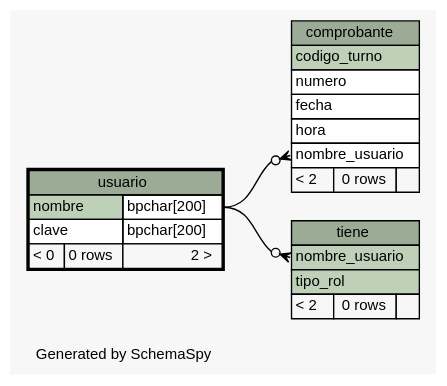
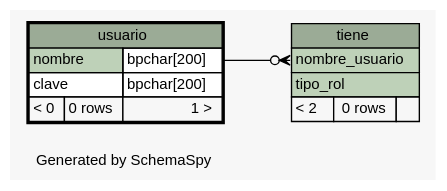
The diagram in tp1/build/schema/diagrams/usuario.1degree.dot (smpiano/bd-1cuat-2014-agenda-med), drawn with Graphviz before and after one commit. The commit also changed 138 other files, not shown here.

```diff
--- a/tp1/build/schema/diagrams/usuario.1degree.dot
+++ b/tp1/build/schema/diagrams/usuario.1degree.dot
@@ -1,60 +1,45 @@
 // dot 2.26.3 on Linux 3.8.0-35-generic
 // SchemaSpy rev 590
 digraph "oneDegreeRelationshipsDiagram" {
   graph [
     rankdir="RL"
     bgcolor="#f7f7f7"
     label="\nGenerated by SchemaSpy"
     labeljust="l"
     nodesep="0.18"
     ranksep="0.46"
     fontname="Helvetica"
     fontsize="11"
   ];
   node [
     fontname="Helvetica"
     fontsize="11"
     shape="plaintext"
   ];
   edge [
     arrowsize="0.8"
   ];
-  "comprobante":"nombre_usuario":w -> "usuario":"nombre.type":e [arrowhead=none dir=back arrowtail=crowodot];
   "tiene":"nombre_usuario":w -> "usuario":"nombre.type":e [arrowhead=none dir=back arrowtail=crowodot];
-  "comprobante" [
-    label=<
-    <TABLE BORDER="0" CELLBORDER="1" CELLSPACING="0" BGCOLOR="#ffffff">
-      <TR><TD COLSPAN="3" BGCOLOR="#9bab96" ALIGN="CENTER">comprobante</TD></TR>
-      <TR><TD PORT="codigo_turno" COLSPAN="3" BGCOLOR="#bed1b8" ALIGN="LEFT">codigo_turno</TD></TR>
-      <TR><TD PORT="numero" COLSPAN="3" ALIGN="LEFT">numero</TD></TR>
-      <TR><TD PORT="fecha" COLSPAN="3" ALIGN="LEFT">fecha</TD></TR>
-      <TR><TD PORT="hora" COLSPAN="3" ALIGN="LEFT">hora</TD></TR>
-      <TR><TD PORT="nombre_usuario" COLSPAN="3" ALIGN="LEFT">nombre_usuario</TD></TR>
-      <TR><TD ALIGN="LEFT" BGCOLOR="#f7f7f7">&lt; 2</TD><TD ALIGN="RIGHT" BGCOLOR="#f7f7f7">0 rows</TD><TD ALIGN="RIGHT" BGCOLOR="#f7f7f7">  </TD></TR>
-    </TABLE>>
-    URL="comprobante.html"
-    tooltip="comprobante"
-  ];
   "tiene" [
     label=<
     <TABLE BORDER="0" CELLBORDER="1" CELLSPACING="0" BGCOLOR="#ffffff">
       <TR><TD COLSPAN="3" BGCOLOR="#9bab96" ALIGN="CENTER">tiene</TD></TR>
       <TR><TD PORT="nombre_usuario" COLSPAN="3" BGCOLOR="#bed1b8" ALIGN="LEFT">nombre_usuario</TD></TR>
       <TR><TD PORT="tipo_rol" COLSPAN="3" BGCOLOR="#bed1b8" ALIGN="LEFT">tipo_rol</TD></TR>
       <TR><TD ALIGN="LEFT" BGCOLOR="#f7f7f7">&lt; 2</TD><TD ALIGN="RIGHT" BGCOLOR="#f7f7f7">0 rows</TD><TD ALIGN="RIGHT" BGCOLOR="#f7f7f7">  </TD></TR>
     </TABLE>>
     URL="tiene.html"
     tooltip="tiene"
   ];
   "usuario" [
     label=<
     <TABLE BORDER="2" CELLBORDER="1" CELLSPACING="0" BGCOLOR="#ffffff">
       <TR><TD COLSPAN="3" BGCOLOR="#9bab96" ALIGN="CENTER">usuario</TD></TR>
       <TR><TD PORT="nombre" COLSPAN="2" BGCOLOR="#bed1b8" ALIGN="LEFT">nombre</TD><TD PORT="nombre.type" ALIGN="LEFT">bpchar[200]</TD></TR>
       <TR><TD PORT="clave" COLSPAN="2" ALIGN="LEFT">clave</TD><TD PORT="clave.type" ALIGN="LEFT">bpchar[200]</TD></TR>
-      <TR><TD ALIGN="LEFT" BGCOLOR="#f7f7f7">&lt; 0</TD><TD ALIGN="RIGHT" BGCOLOR="#f7f7f7">0 rows</TD><TD ALIGN="RIGHT" BGCOLOR="#f7f7f7">2 &gt;</TD></TR>
+      <TR><TD ALIGN="LEFT" BGCOLOR="#f7f7f7">&lt; 0</TD><TD ALIGN="RIGHT" BGCOLOR="#f7f7f7">0 rows</TD><TD ALIGN="RIGHT" BGCOLOR="#f7f7f7">1 &gt;</TD></TR>
     </TABLE>>
     URL="usuario.html"
     tooltip="usuario"
   ];
 }
```
